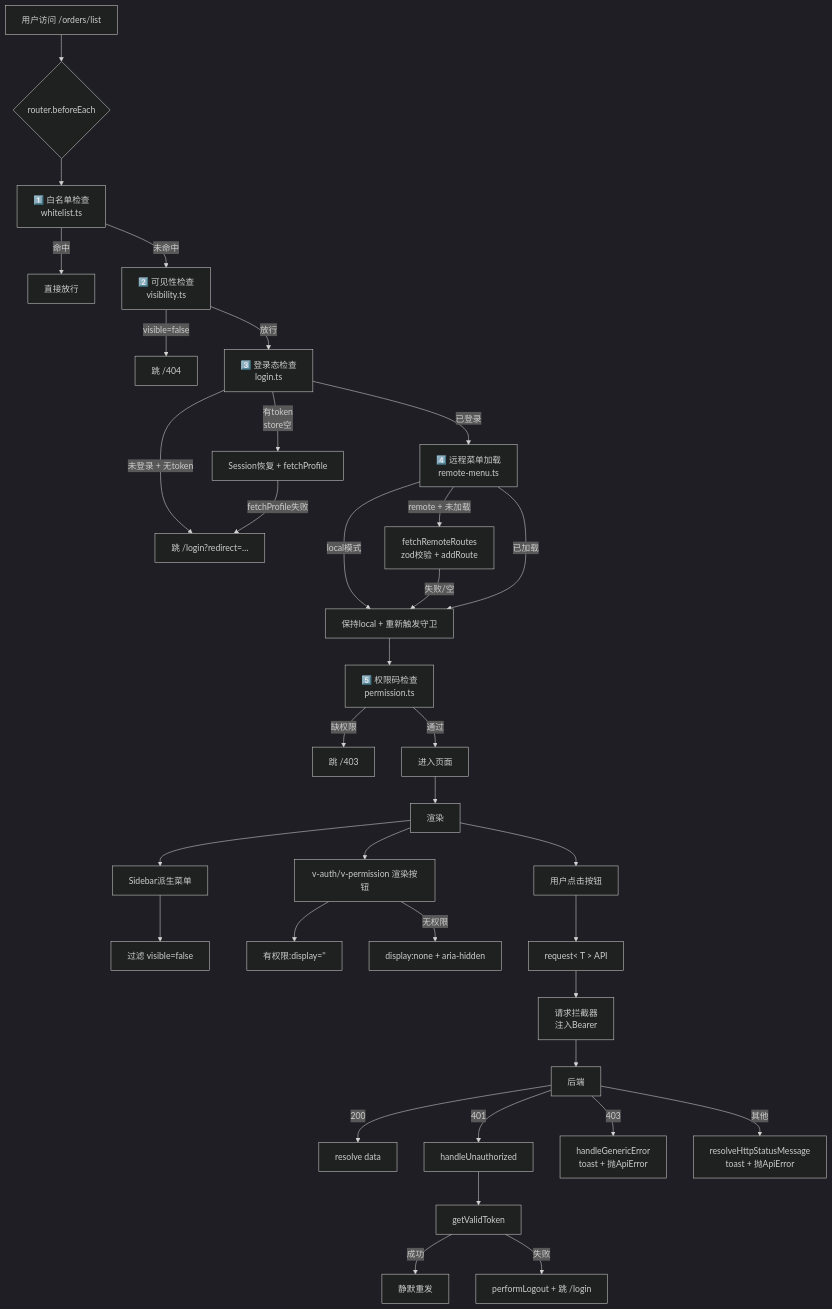
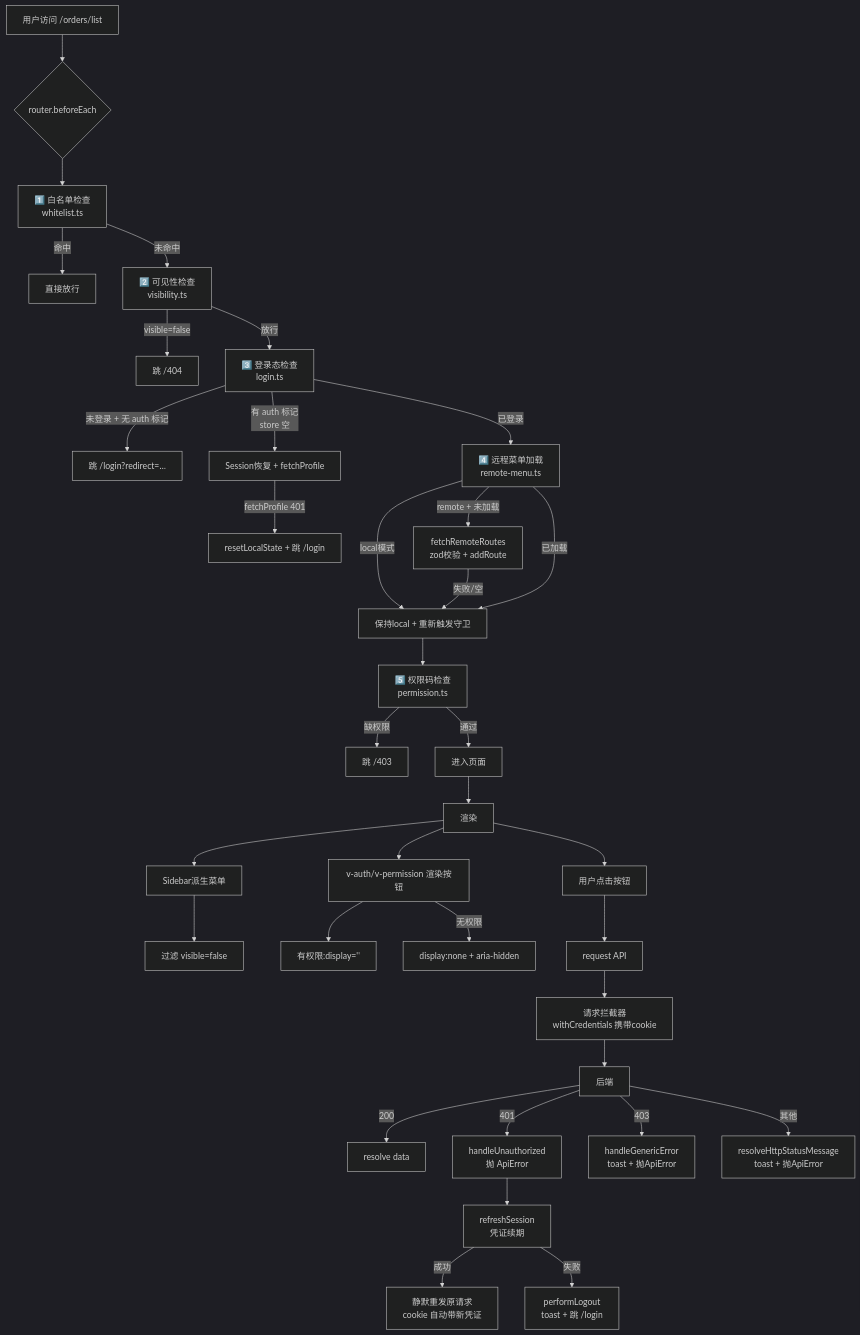
One commit to Mr-Super-X/vue3-vite-project changed the first of 7 diagrams in docs/23-权限设计.md. Above: the diagram before and after it, drawn with Mermaid (dark theme). The commit also changed other lines of this file and 13 other files, not shown here.

````diff
--- a/docs/23-权限设计.md
+++ b/docs/23-权限设计.md
@@ -28,37 +32,37 @@
 ```mermaid
 flowchart TD
   A[用户访问 /orders/list] --> B{router.beforeEach}
   B --> C[1️⃣ 白名单检查<br/>whitelist.ts]
   C -->|命中| Z[直接放行]
   C -->|未命中| D[2️⃣ 可见性检查<br/>visibility.ts]
   D -->|visible=false| E[跳 /404]
   D -->|放行| F[3️⃣ 登录态检查<br/>login.ts]
-  F -->|未登录 + 无token| G[跳 /login?redirect=…]
-  F -->|有token<br/>store空| H[Session恢复 + fetchProfile]
-  H -->|fetchProfile失败| G
+  F -->|未登录 + 无 auth 标记| G[跳 /login?redirect=…]
+  F -->|有 auth 标记<br/>store 空| H[Session恢复 + fetchProfile]
+  H -->|fetchProfile 401| G2[resetLocalState + 跳 /login]
   F -->|已登录| I[4️⃣ 远程菜单加载<br/>remote-menu.ts]
   I -->|local模式| K
   I -->|remote + 未加载| J[fetchRemoteRoutes<br/>zod校验 + addRoute]
   J -->|失败/空| K[保持local + 重新触发守卫]
   I -->|已加载| K
   K --> L[5️⃣ 权限码检查<br/>permission.ts]
   L -->|缺权限| M[跳 /403]
   L -->|通过| N[进入页面]
   N --> O[渲染]
   O --> P[Sidebar派生菜单]
   P --> Q[过滤 visible=false]
   O --> R[v-auth/v-permission 渲染按钮]
   R --> S[有权限:display='']
   R -->|无权限| T[display:none + aria-hidden]
   O --> U[用户点击按钮]
-  U --> V[request< T > API]
-  V --> W[请求拦截器<br/>注入Bearer]
+  U --> V[request<T> API]
+  V --> W[请求拦截器<br/>withCredentials 携带cookie]
   W --> X[后端]
   X -->|200| Y[resolve data]
-  X -->|401| AA[handleUnauthorized]
-  AA --> AB[getValidToken]
-  AB -->|成功| AC[静默重发]
-  AB -->|失败| AD[performLogout + 跳 /login]
+  X -->|401| AA[handleUnauthorized<br/>抛 ApiError]
+  AA --> AB[refreshSession<br/>凭证续期]
+  AB -->|成功| AC[静默重发原请求<br/>cookie 自动带新凭证]
+  AB -->|失败| AD[performLogout<br/>toast + 跳 /login]
   X -->|403| AE[handleGenericError<br/>toast + 抛ApiError]
   X -->|其他| AF[resolveHttpStatusMessage<br/>toast + 抛ApiError]
 ```
````
